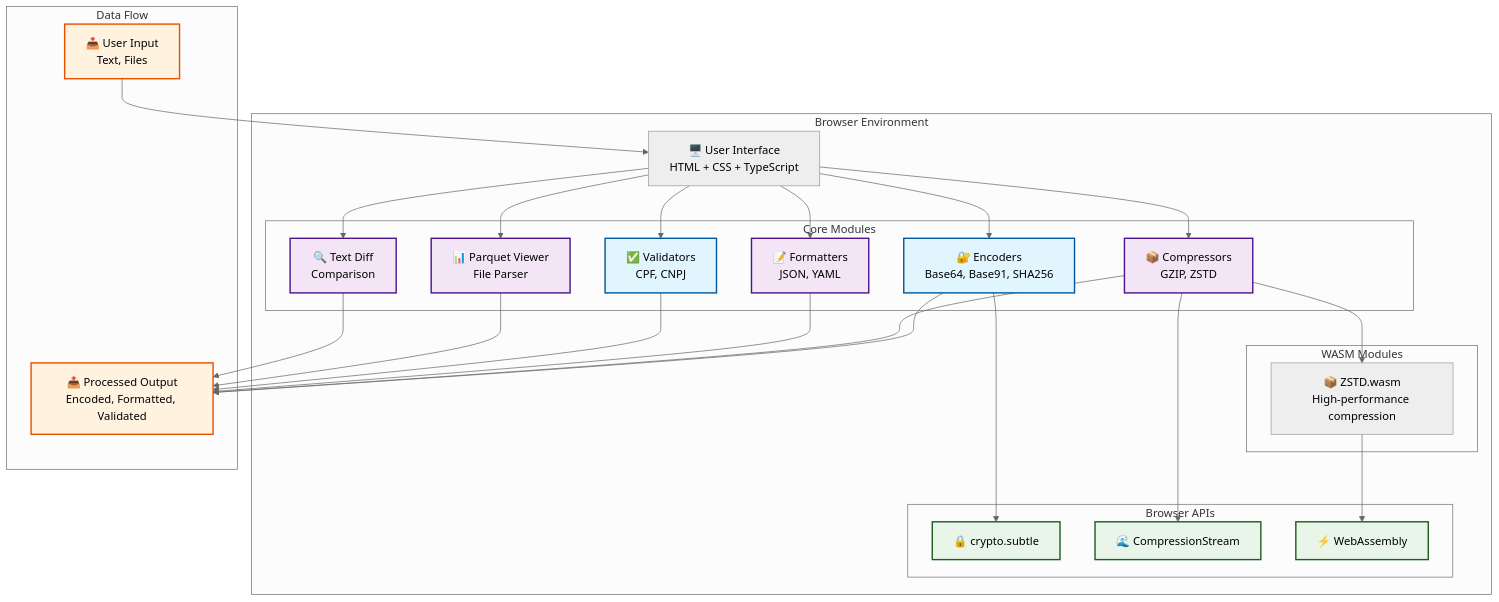
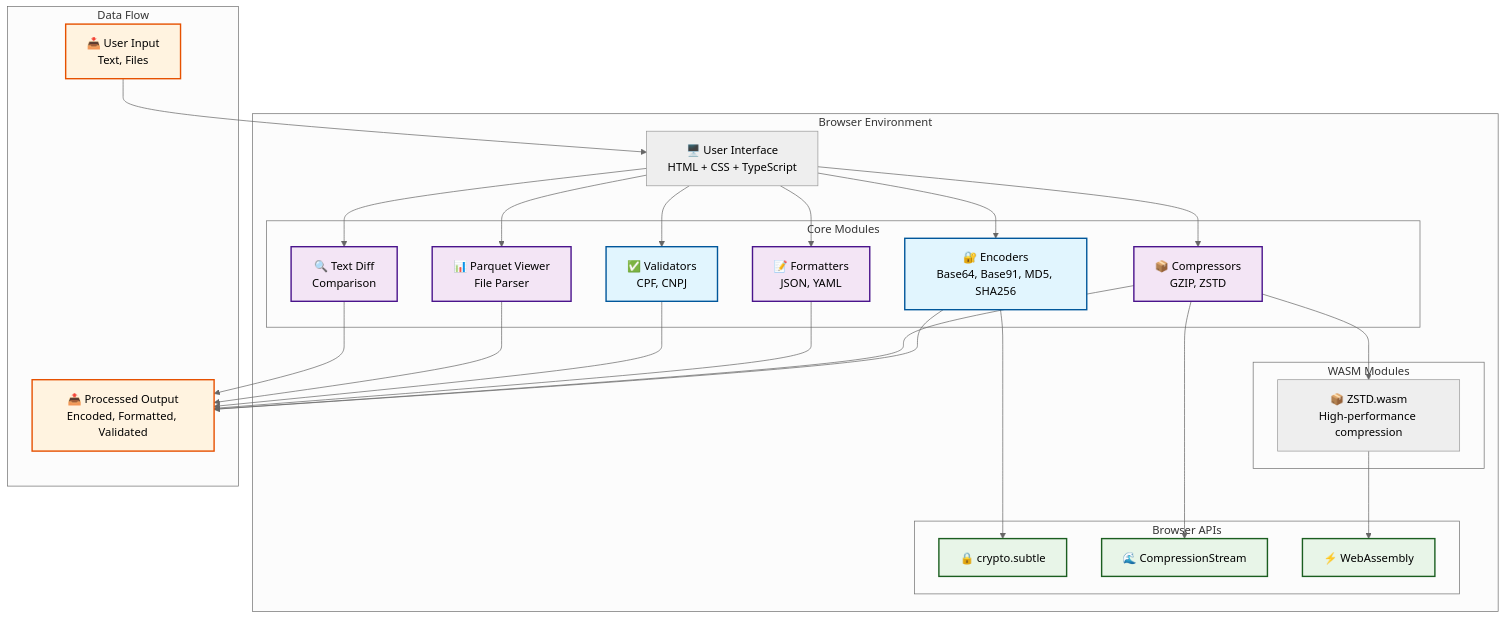
One commit to TiagoLima-neuro/dev-utils changed the diagram in README.md. Above: the diagram before and after it, drawn with Mermaid (neutral theme). The commit also changed other lines of this file and 7 other files, not shown here.

````diff
--- a/README.md
+++ b/README.md
@@ -62,60 +63,60 @@
 ```mermaid
 graph TB
     subgraph "Browser Environment"
         UI["🖥️ User Interface<br/>HTML + CSS + TypeScript"]
         
         subgraph "Core Modules"
-            ENC["🔐 Encoders<br/>Base64, Base91, SHA256"]
+            ENC["🔐 Encoders<br/>Base64, Base91, MD5, SHA256"]
             COMP["📦 Compressors<br/>GZIP, ZSTD"]
             FMT["📝 Formatters<br/>JSON, YAML"]
             VAL["✅ Validators<br/>CPF, CNPJ"]
             PARQ["📊 Parquet Viewer<br/>File Parser"]
             DIFF["🔍 Text Diff<br/>Comparison"]
         end
         
         subgraph "Browser APIs"
             CRYPTO["🔒 crypto.subtle"]
             STREAMS["🌊 CompressionStream"]
             WASM["⚡ WebAssembly"]
         end
         
         subgraph "WASM Modules"
             ZSTD_WASM["📦 ZSTD.wasm<br/>High-performance compression"]
         end
     end
     
     subgraph "Data Flow"
         INPUT["📥 User Input<br/>Text, Files"]
         OUTPUT["📤 Processed Output<br/>Encoded, Formatted, Validated"]
     end
     
     INPUT --> UI
     UI --> ENC
     UI --> COMP
     UI --> FMT
     UI --> VAL
     UI --> PARQ
     UI --> DIFF
     
     ENC --> CRYPTO
     COMP --> STREAMS
     COMP --> ZSTD_WASM
     ZSTD_WASM --> WASM
     
     ENC --> OUTPUT
     COMP --> OUTPUT
     FMT --> OUTPUT
     VAL --> OUTPUT
     PARQ --> OUTPUT
     DIFF --> OUTPUT
     
     classDef security fill:#e1f5fe,stroke:#01579b,stroke-width:2px
     classDef processing fill:#f3e5f5,stroke:#4a148c,stroke-width:2px
     classDef api fill:#e8f5e8,stroke:#1b5e20,stroke-width:2px
     classDef data fill:#fff3e0,stroke:#e65100,stroke-width:2px
     
     class ENC,VAL security
     class COMP,FMT,PARQ,DIFF processing
     class CRYPTO,STREAMS,WASM api
     class INPUT,OUTPUT data
 ```
````
